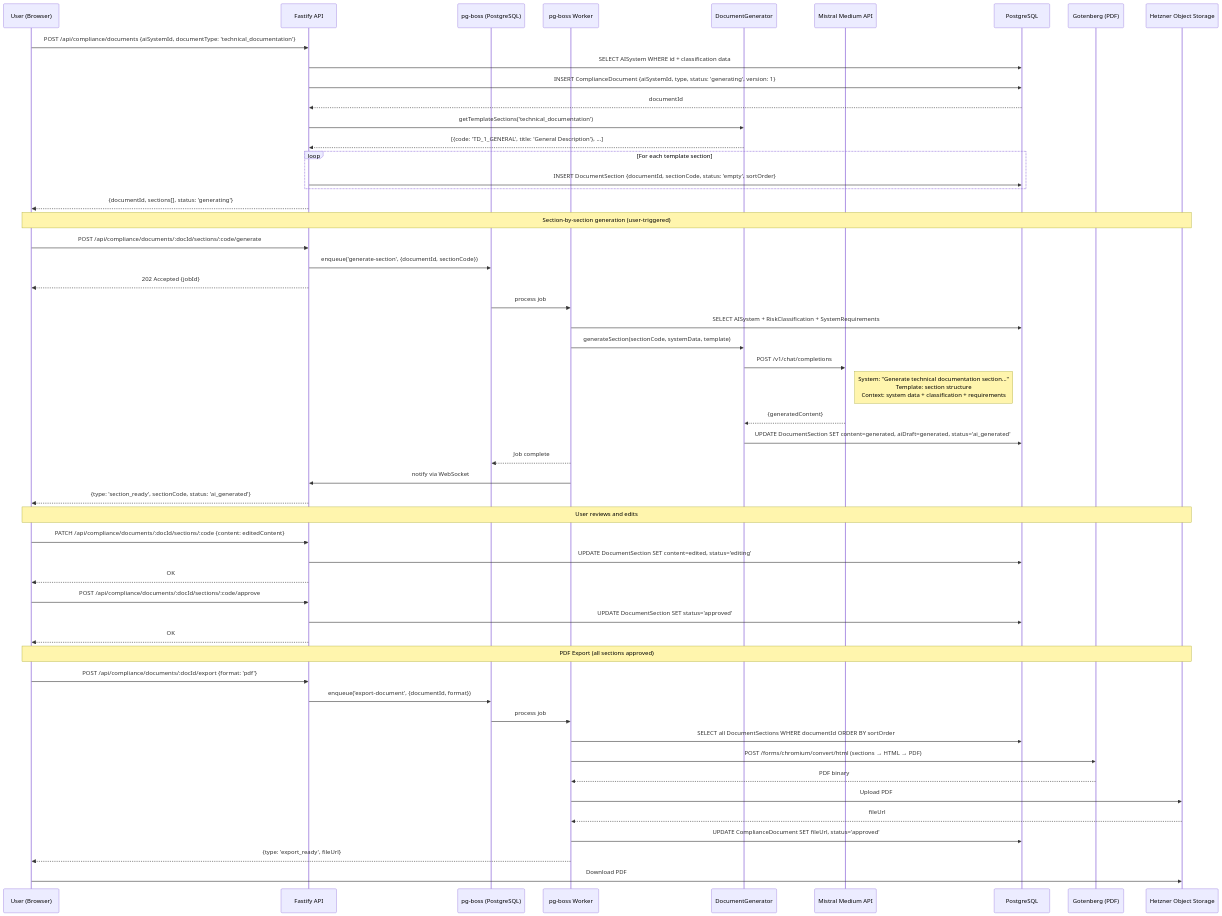
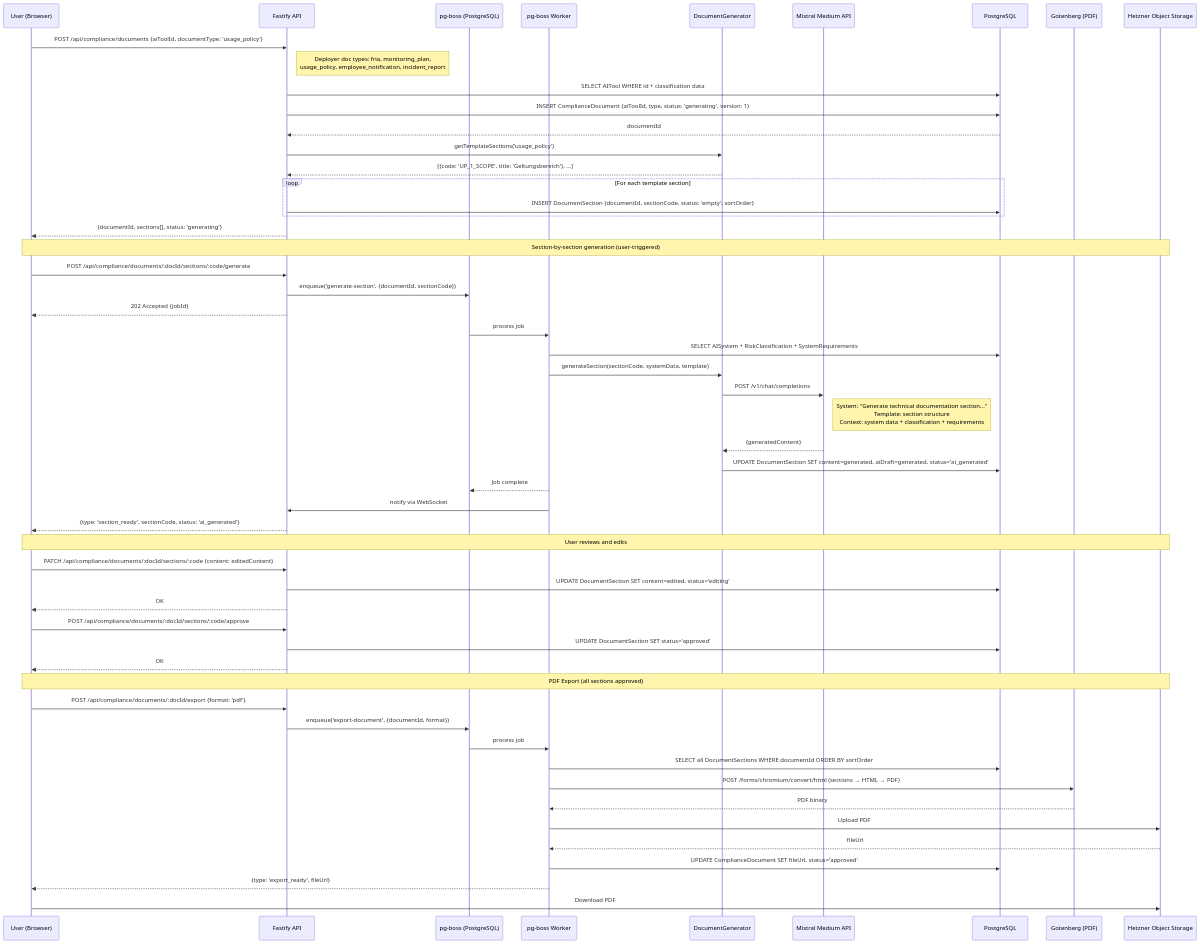
One commit to complior/complior changed the fifth of 14 diagrams in docs/DATA-FLOWS.md. Above: the diagram before and after it, drawn with Mermaid. The commit also changed other lines of this file and 7 other files, not shown here.

````diff
--- a/docs/DATA-FLOWS.md
+++ b/docs/DATA-FLOWS.md
@@ -228,71 +241,72 @@
 ```mermaid
 sequenceDiagram
     participant User as User (Browser)
     participant API as Fastify API
     participant Queue as pg-boss (PostgreSQL)
     participant Worker as pg-boss Worker
     participant DocGen as DocumentGenerator
     participant LLM as Mistral Medium API
     participant DB as PostgreSQL
     participant Gotenberg as Gotenberg (PDF)
     participant S3 as Hetzner Object Storage
 
-    User->>API: POST /api/compliance/documents {aiSystemId, documentType: 'technical_documentation'}
-    API->>DB: SELECT AISystem WHERE id + classification data
-    API->>DB: INSERT ComplianceDocument {aiSystemId, type, status: 'generating', version: 1}
+    User->>API: POST /api/compliance/documents {aiToolId, documentType: 'usage_policy'}
+    Note right of API: Deployer doc types: fria, monitoring_plan,<br/>usage_policy, employee_notification, incident_report
+    API->>DB: SELECT AITool WHERE id + classification data
+    API->>DB: INSERT ComplianceDocument {aiToolId, type, status: 'generating', version: 1}
     DB-->>API: documentId
 
-    API->>DocGen: getTemplateSections('technical_documentation')
-    DocGen-->>API: [{code: 'TD_1_GENERAL', title: 'General Description'}, ...]
+    API->>DocGen: getTemplateSections('usage_policy')
+    DocGen-->>API: [{code: 'UP_1_SCOPE', title: 'Geltungsbereich'}, ...]
 
     loop For each template section
         API->>DB: INSERT DocumentSection {documentId, sectionCode, status: 'empty', sortOrder}
     end
 
     API-->>User: {documentId, sections[], status: 'generating'}
 
     Note over User,S3: Section-by-section generation (user-triggered)
 
     User->>API: POST /api/compliance/documents/:docId/sections/:code/generate
     API->>Queue: enqueue('generate-section', {documentId, sectionCode})
     API-->>User: 202 Accepted {jobId}
 
     Queue->>Worker: process job
     Worker->>DB: SELECT AISystem + RiskClassification + SystemRequirements
     Worker->>DocGen: generateSection(sectionCode, systemData, template)
 
     DocGen->>LLM: POST /v1/chat/completions
     Note right of LLM: System: "Generate technical documentation section..."<br/>Template: section structure<br/>Context: system data + classification + requirements
     LLM-->>DocGen: {generatedContent}
 
     DocGen->>DB: UPDATE DocumentSection SET content=generated, aiDraft=generated, status='ai_generated'
     Worker-->>Queue: Job complete
 
     Worker->>API: notify via WebSocket
     API-->>User: {type: 'section_ready', sectionCode, status: 'ai_generated'}
 
     Note over User,S3: User reviews and edits
 
     User->>API: PATCH /api/compliance/documents/:docId/sections/:code {content: editedContent}
     API->>DB: UPDATE DocumentSection SET content=edited, status='editing'
     API-->>User: OK
 
     User->>API: POST /api/compliance/documents/:docId/sections/:code/approve
     API->>DB: UPDATE DocumentSection SET status='approved'
     API-->>User: OK
 
     Note over User,S3: PDF Export (all sections approved)
 
     User->>API: POST /api/compliance/documents/:docId/export {format: 'pdf'}
     API->>Queue: enqueue('export-document', {documentId, format})
     Queue->>Worker: process job
     Worker->>DB: SELECT all DocumentSections WHERE documentId ORDER BY sortOrder
     Worker->>Gotenberg: POST /forms/chromium/convert/html (sections → HTML → PDF)
     Gotenberg-->>Worker: PDF binary
     Worker->>S3: Upload PDF
     S3-->>Worker: fileUrl
     Worker->>DB: UPDATE ComplianceDocument SET fileUrl, status='approved'
 
     Worker-->>User: {type: 'export_ready', fileUrl}
     User->>S3: Download PDF
 ```
````
